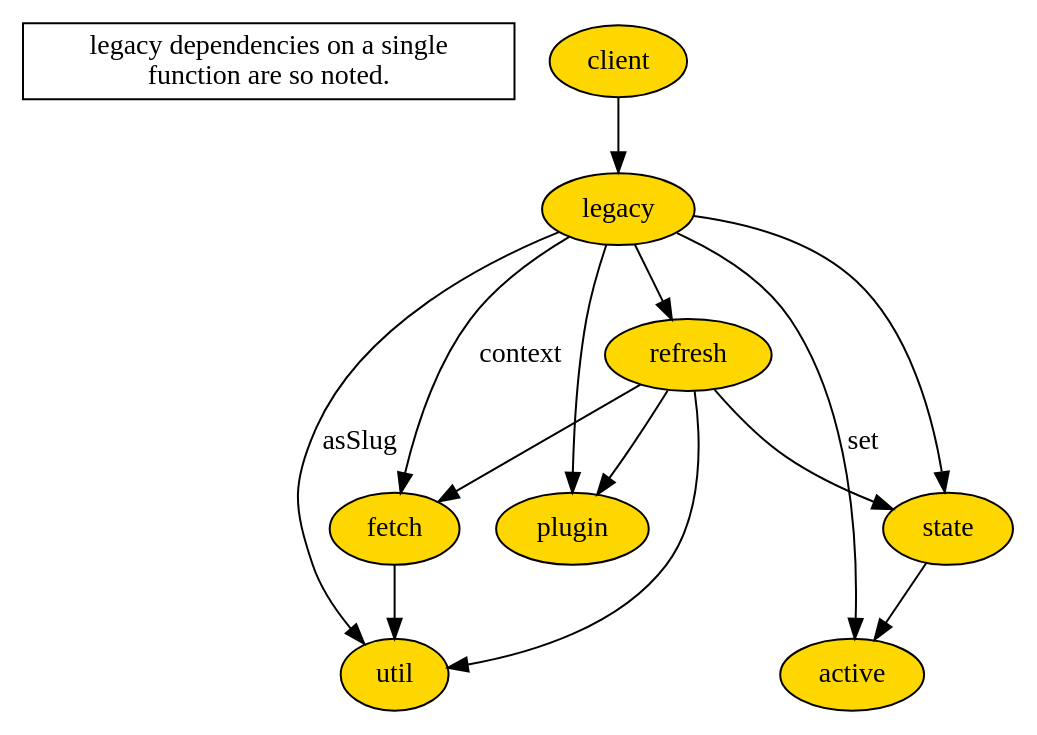
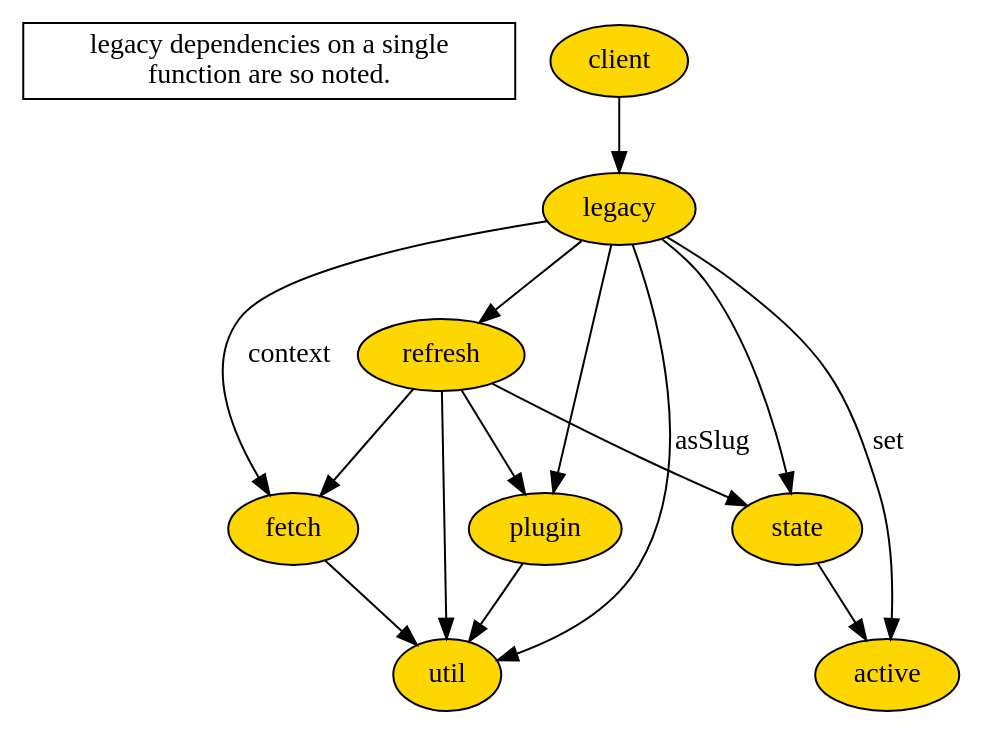
Before and after one commit to WardCunningham/Smallest-Federated-Wiki: the diagram in client/require.dot, drawn with Graphviz. The commit also changed 3 other files, not shown here.

Commit message:
plugin needs util for chart to format date

```diff
--- a/client/require.dot
+++ b/client/require.dot
@@ -1,26 +1,28 @@
 # Graphviz diagram of client-side require dependencies
 # http://www.graphviz.org/
 
 digraph require {
 	"legacy dependencies on a single\nfunction are so noted." [shape=box]
 	node [fillcolor=gold, style=filled, fontname="Monaco"]
 	edge [fontname="Monaco"]
 
 	client -> legacy;
 
 	fetch -> util;
 
 	legacy -> util [label = asSlug];
 	legacy -> fetch [label = context];
 	legacy -> plugin;
 	legacy -> state;
 	legacy -> active [label = set];
 	legacy -> refresh;
 
+	plugin -> util;
+
 	refresh -> util;
 	refresh -> fetch;
 	refresh -> plugin;
 	refresh -> state;
 
 	state -> active;
 }
```
